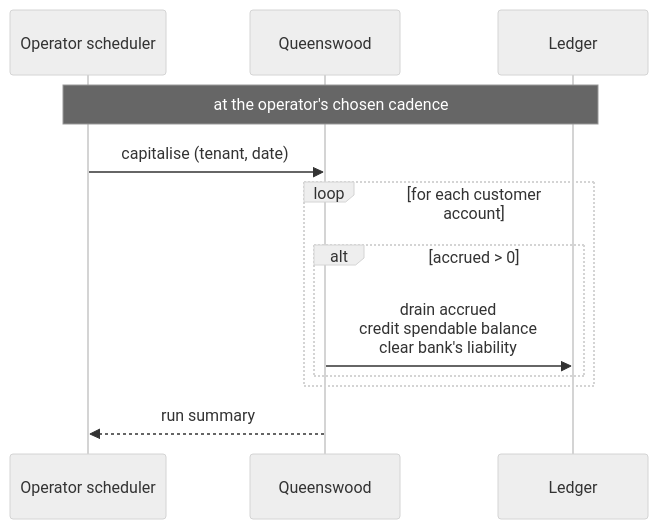
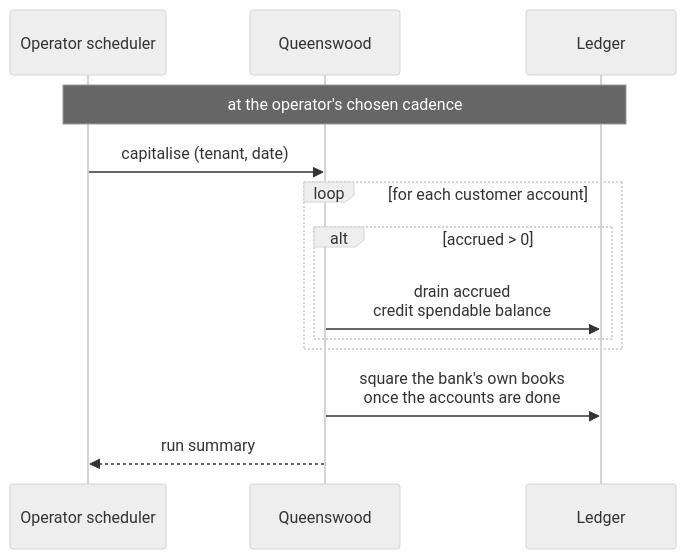
One commit to kjothen/queenswood changed the second of 4 diagrams in docs/prd/interest.md. Above: the diagram before and after it, drawn with Mermaid (neutral theme). The commit also changed other lines of this file and 19 other files, not shown here.

````diff
--- a/docs/prd/interest.md
+++ b/docs/prd/interest.md
@@ -260,15 +260,16 @@
 ```mermaid
 sequenceDiagram
     participant Op as Operator scheduler
     participant Q as Queenswood
     participant L as Ledger
 
     Note over Op,L: at the operator's chosen cadence
     Op->>Q: capitalise (tenant, date)
     loop for each customer account
         alt accrued > 0
-            Q->>L: drain accrued<br/>credit spendable balance<br/>clear bank's liability
+            Q->>L: drain accrued<br/>credit spendable balance
         end
     end
+    Q->>L: square the bank's own books<br/>once the accounts are done
     Q-->>Op: run summary
 ```
````
